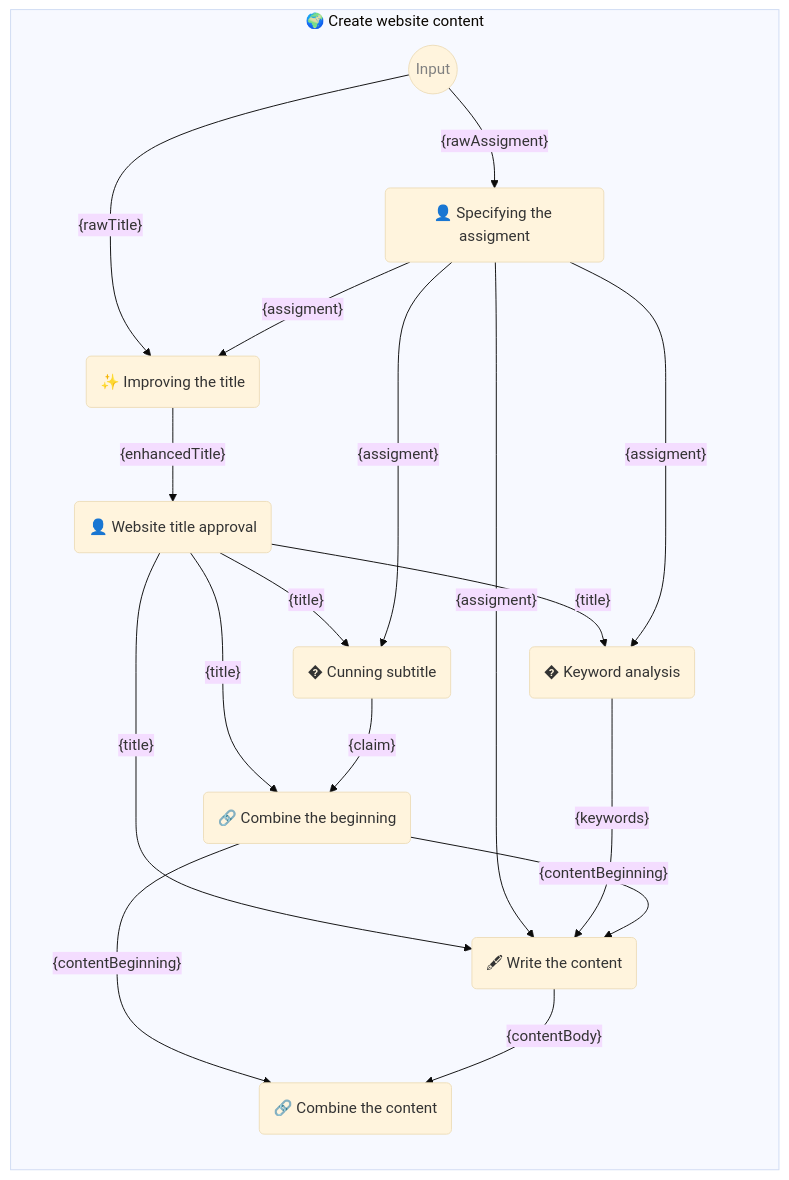
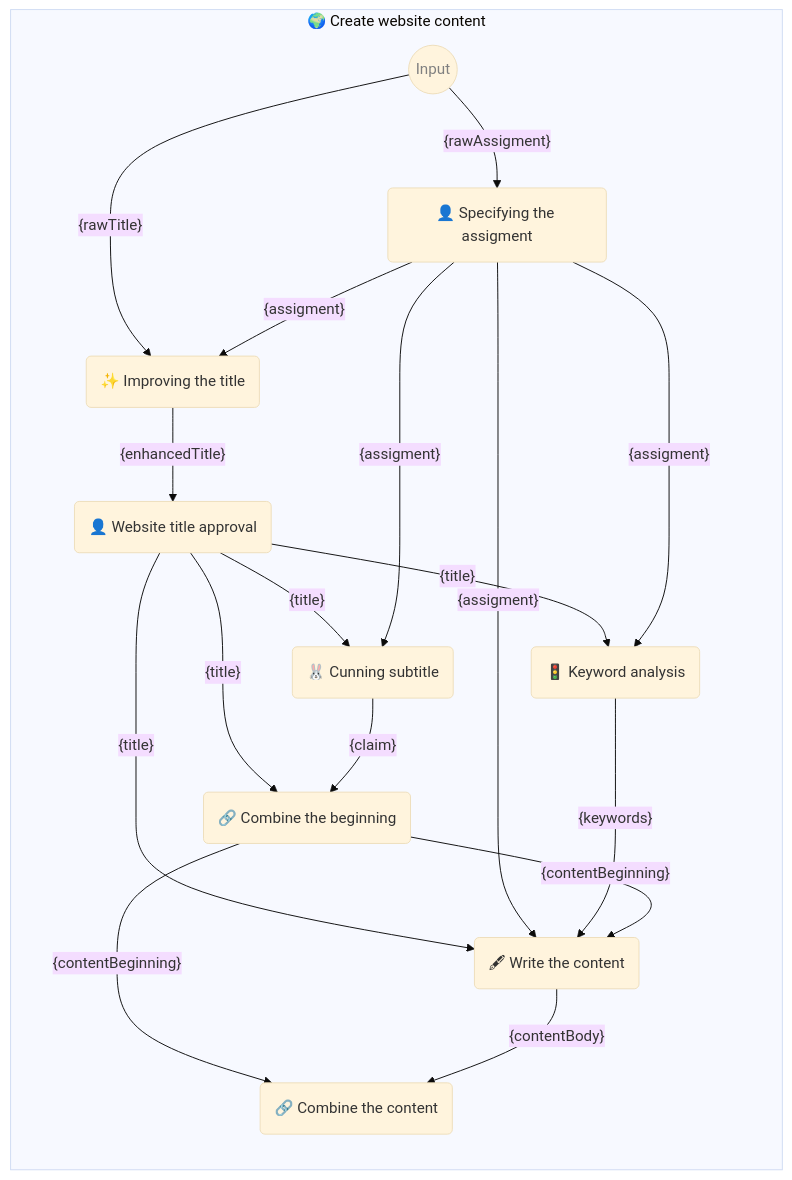
One commit to webgptorg/promptbook changed the diagram in README.md. Above: the diagram before and after it, drawn with Mermaid (base theme). The commit also changed other lines of this file, not shown here.

Commit message:
Better segment names for sample

````diff
--- a/README.md
+++ b/README.md
@@ -232,38 +232,38 @@
 ```mermaid
 %% 🔮 Tip: Open this on GitHub or in the VSCode website to see the Mermaid graph visually
 
 flowchart LR
   subgraph "🌍 Create website content"
 
       direction TB
 
       input((Input)):::input
       templateSpecifyingTheAssigment(👤 Specifying the assigment)
       input--"{rawAssigment}"-->templateSpecifyingTheAssigment
       templateImprovementOfTheWebTitle(✨ Improving the title)
       input--"{rawTitle}"-->templateImprovementOfTheWebTitle
       templateSpecifyingTheAssigment--"{assigment}"-->templateImprovementOfTheWebTitle
       templateWebsiteTitleApproval(👤 Website title approval)
       templateImprovementOfTheWebTitle--"{enhancedTitle}"-->templateWebsiteTitleApproval
-      templateCunningSubtitle(� Cunning subtitle)
+      templateCunningSubtitle(🐰 Cunning subtitle)
       templateWebsiteTitleApproval--"{title}"-->templateCunningSubtitle
       templateSpecifyingTheAssigment--"{assigment}"-->templateCunningSubtitle
-      templateKeywordAnalysis(� Keyword analysis)
+      templateKeywordAnalysis(🚦 Keyword analysis)
       templateWebsiteTitleApproval--"{title}"-->templateKeywordAnalysis
       templateSpecifyingTheAssigment--"{assigment}"-->templateKeywordAnalysis
       templateCreatingTheBeginningOfTheWebsiteContent(🔗 Combine the beginning)
       templateWebsiteTitleApproval--"{title}"-->templateCreatingTheBeginningOfTheWebsiteContent
       templateCunningSubtitle--"{claim}"-->templateCreatingTheBeginningOfTheWebsiteContent
       templateWritingWebContent(🖋 Write the content)
       templateWebsiteTitleApproval--"{title}"-->templateWritingWebContent
       templateSpecifyingTheAssigment--"{assigment}"-->templateWritingWebContent
       templateKeywordAnalysis--"{keywords}"-->templateWritingWebContent
       templateCreatingTheBeginningOfTheWebsiteContent--"{contentBeginning}"-->templateWritingWebContent
       templateCombineContent(🔗 Combine the content)
       templateCreatingTheBeginningOfTheWebsiteContent--"{contentBeginning}"-->templateCombineContent
       templateWritingWebContent--"{contentBody}"-->templateCombineContent
 
       classDef input color: grey;
 
   end;
 ```
````
